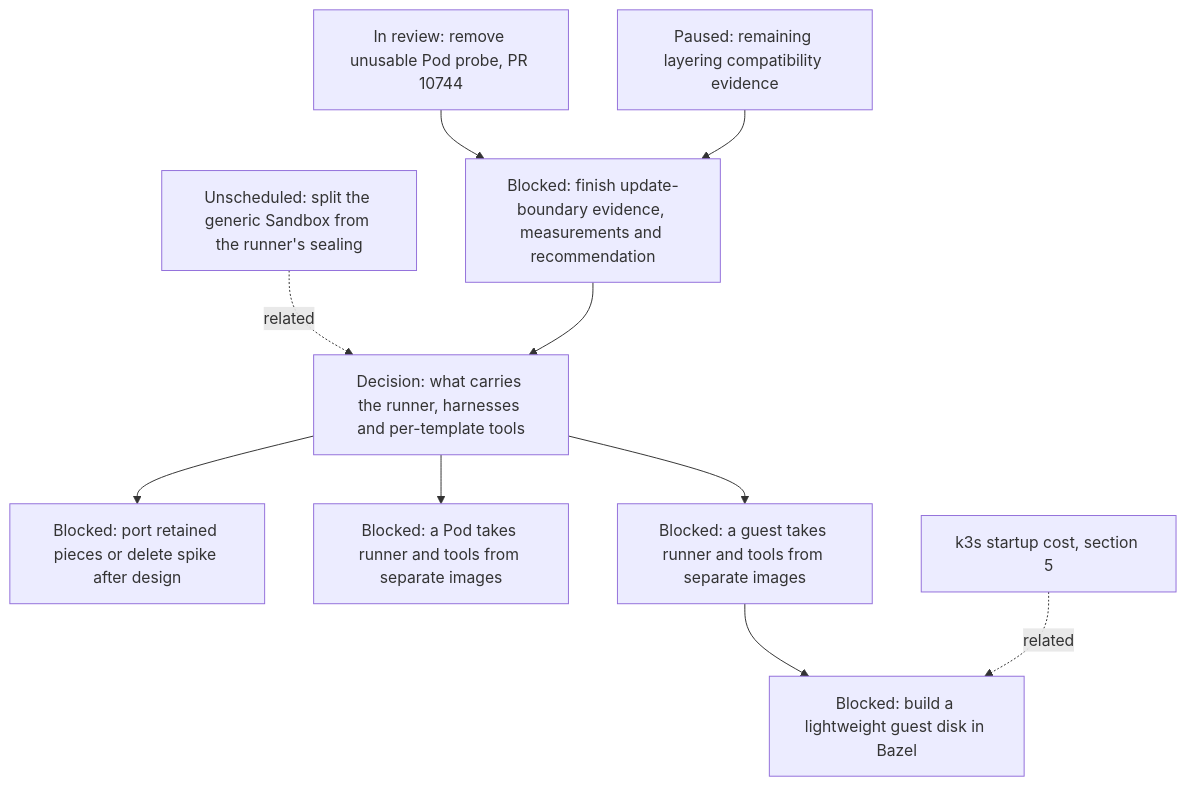
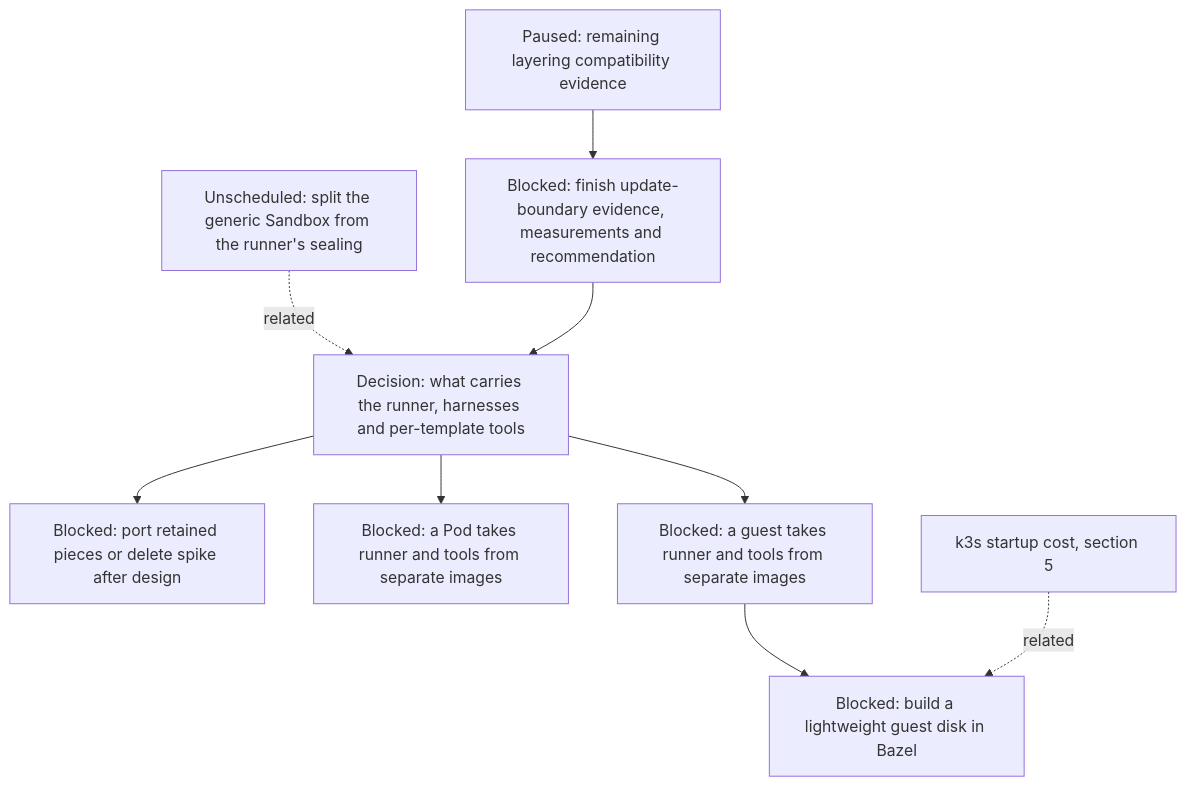
Diagram 11 of 16 in agentplane/plans/task_dag.md (agentydragon-agent/ducktape), drawn with Mermaid before and after one commit. The commit also changed other lines of this file and 4 other files, not shown here.

````diff
--- a/agentplane/plans/task_dag.md
+++ b/agentplane/plans/task_dag.md
@@ -899,18 +898,16 @@
 ```mermaid
 flowchart TD
     SANDBOX_GENERIC_SPLIT[Unscheduled: split the generic Sandbox from the runner's sealing]
     RUNNER_IMAGE_LAYERING_DESIGN[Decision: what carries the runner, harnesses and per-template tools]
     RUNNER_LAYERING_SPIKE[Paused: remaining layering compatibility evidence]
     RUNNER_LAYERING_SPIKE_EXIT[Blocked: finish update-boundary evidence, measurements and recommendation]
     RUNNER_LAYERING_SPIKE_RETIRE[Blocked: port retained pieces or delete spike after design]
     SANDBOX_GENERIC_SPLIT -. related .-> RUNNER_IMAGE_LAYERING_DESIGN
-    RUNNER_LAYERING_PROBE_CLEANUP[In review: remove unusable Pod probe, PR 10744]
-    RUNNER_LAYERING_PROBE_CLEANUP --> RUNNER_LAYERING_SPIKE_EXIT
     RUNNER_LAYERING_SPIKE --> RUNNER_LAYERING_SPIKE_EXIT
     RUNNER_LAYERING_SPIKE_EXIT --> RUNNER_IMAGE_LAYERING_DESIGN
     RUNNER_IMAGE_LAYERING_DESIGN --> RUNNER_LAYERING_SPIKE_RETIRE
     RUNNER_IMAGE_LAYERING_DESIGN --> RUNNER_LAYERING_POD[Blocked: a Pod takes runner and tools from separate images]
     RUNNER_IMAGE_LAYERING_DESIGN --> RUNNER_LAYERING_VM[Blocked: a guest takes runner and tools from separate images]
     RUNNER_LAYERING_VM --> K3S_VM_IMAGE[Blocked: build a lightweight guest disk in Bazel]
     K3S_STARTUP_COST[k3s startup cost, section 5] -. related .-> K3S_VM_IMAGE
 ```
````
